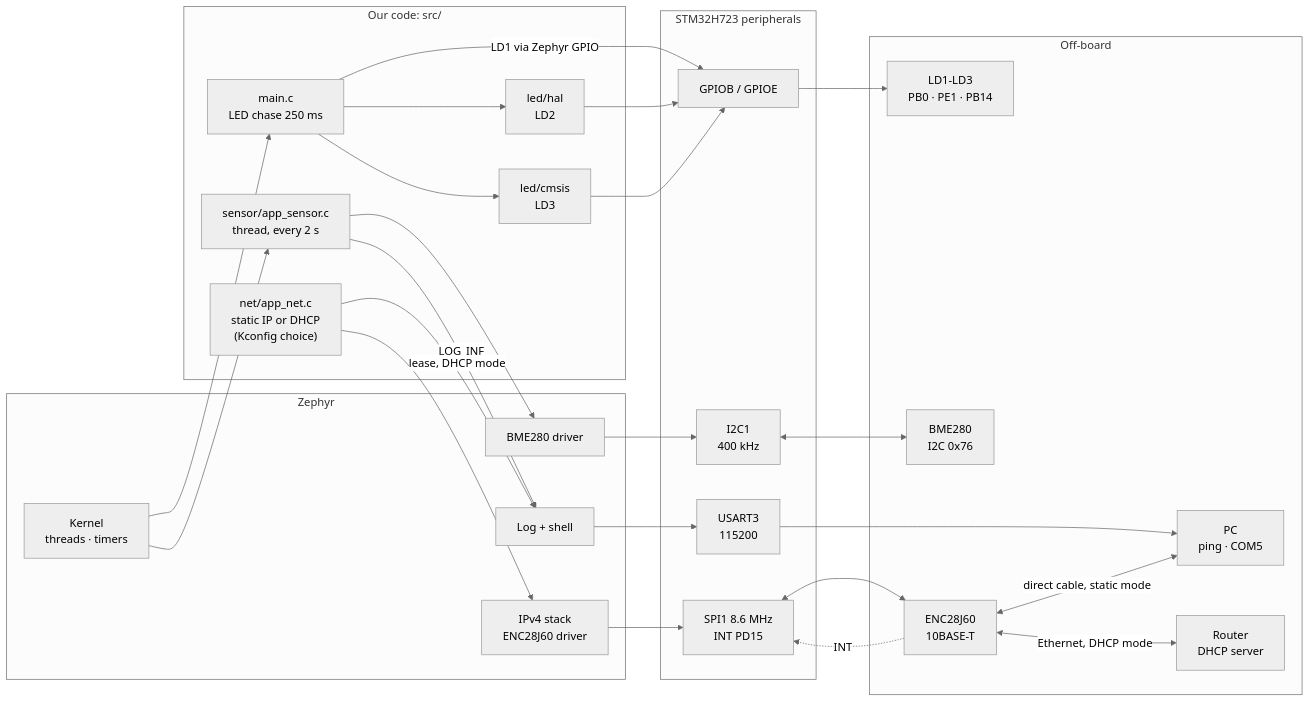
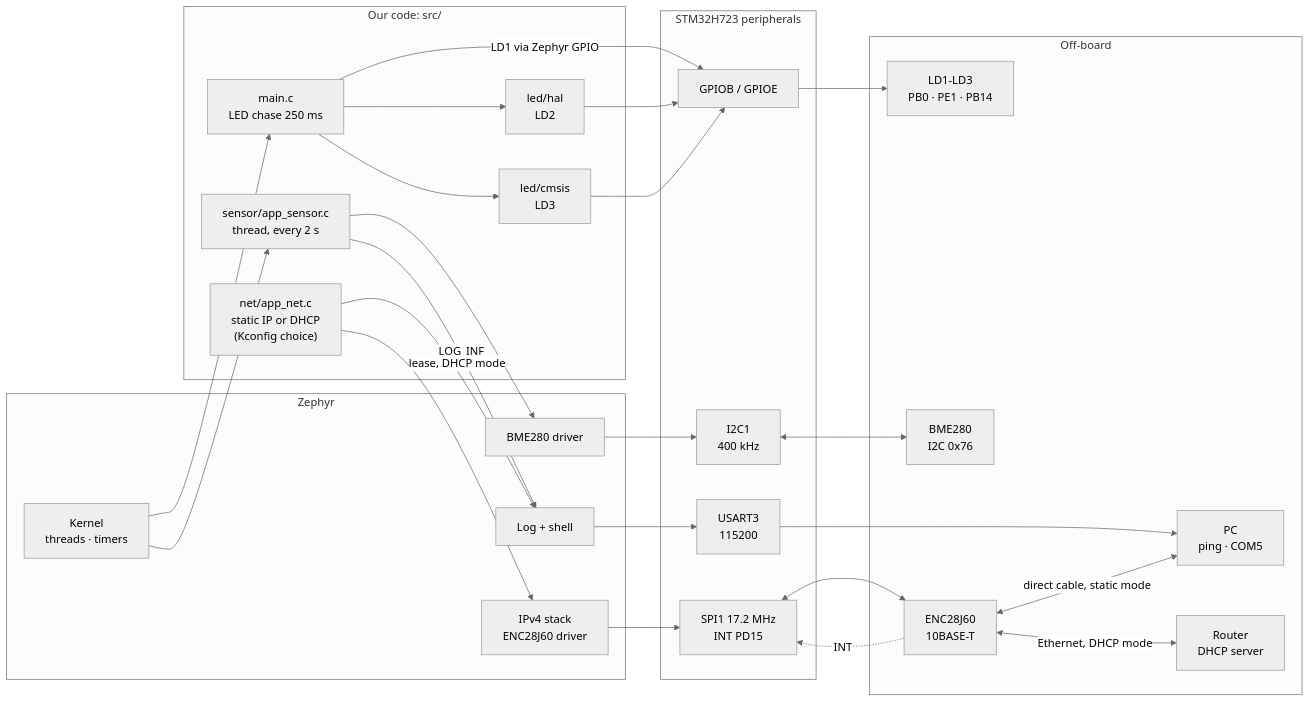
The first of 3 diagrams in docs/architecture.md (kgsinh/eco-connect-gateway), drawn with Mermaid (neutral theme) before and after one commit. The commit also changed 2 other files, not shown here.

Commit message:
SPI1: run the ENC28J60 at 17.2 MHz
spi-max-frequency 20 MHz selects PLL1_Q / 8 = 17.2 MHz. A full frame
now reads in ~0.72 ms, inside the ~1.26 ms worst-case window of the
driver's 3 KB RX FIFO; 8.6 MHz needed ~1.43 ms. Ping tested on the board.

````diff
--- a/docs/architecture.md
+++ b/docs/architecture.md
@@ -9,48 +9,48 @@
 ```mermaid
 flowchart LR
     subgraph SRC["Our code: src/"]
         MAIN["main.c<br/>LED chase 250 ms"]
         HAL["led/hal<br/>LD2"]
         CMSIS["led/cmsis<br/>LD3"]
         SENSOR["sensor/app_sensor.c<br/>thread, every 2 s"]
         APPNET["net/app_net.c<br/>static IP or DHCP<br/>(Kconfig choice)"]
     end
     subgraph ZEPHYR["Zephyr"]
         KERNEL["Kernel<br/>threads · timers"]
         BMEDRV["BME280 driver"]
         NET["IPv4 stack<br/>ENC28J60 driver"]
         LOG["Log + shell"]
     end
     subgraph MCU["STM32H723 peripherals"]
         GPIO["GPIOB / GPIOE"]
         I2C1["I2C1<br/>400 kHz"]
-        SPI1["SPI1 8.6 MHz<br/>INT PD15"]
+        SPI1["SPI1 17.2 MHz<br/>INT PD15"]
         USART3["USART3<br/>115200"]
     end
     subgraph OFF["Off-board"]
         LEDS["LD1-LD3<br/>PB0 · PE1 · PB14"]
         BME["BME280<br/>I2C 0x76"]
         ENC["ENC28J60<br/>10BASE-T"]
         PC["PC<br/>ping · COM5"]
         ROUTER["Router<br/>DHCP server"]
     end
     KERNEL --> MAIN
     KERNEL --> SENSOR
     MAIN -->|"LD1 via Zephyr GPIO"| GPIO
     MAIN --> HAL --> GPIO
     MAIN --> CMSIS --> GPIO
     GPIO --> LEDS
     SENSOR --> BMEDRV
     BMEDRV --> I2C1
     I2C1 <--> BME
     SENSOR -->|LOG_INF| LOG
     APPNET -->|"lease, DHCP mode"| LOG
     LOG --> USART3
     USART3 --> PC
     APPNET --> NET
     NET --> SPI1
     SPI1 <--> ENC
     ENC -.->|INT| SPI1
     ENC <-->|"direct cable, static mode"| PC
     ENC <-->|"Ethernet, DHCP mode"| ROUTER
 ```
````
